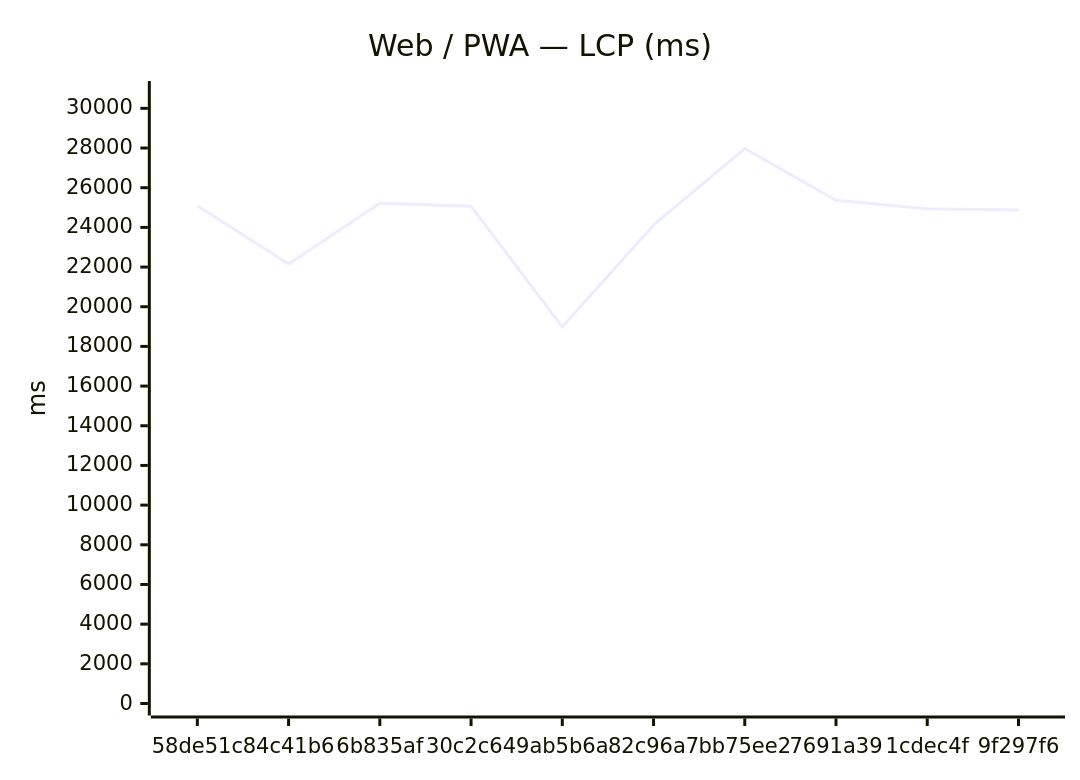
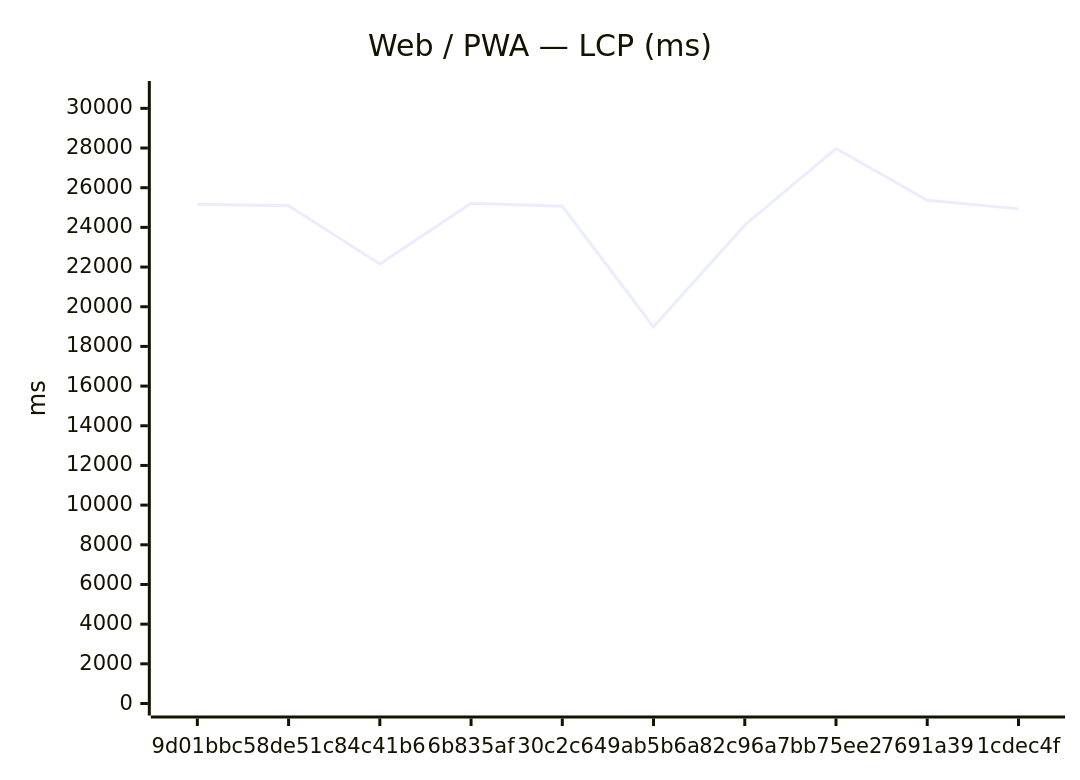
The first of 12 diagrams in benchmarks/compare.md (Metaheurist/Rianell), drawn with Mermaid before and after one commit. The commit also changed other lines of this file and 8 other files, not shown here.

````diff
--- a/benchmarks/compare.md
+++ b/benchmarks/compare.md
@@ -24,7 +24,7 @@
 ```mermaid
 xychart-beta
     title "Web / PWA — LCP (ms)"
-    x-axis ["58de51c", "84c41b6", "6b835af", "30c2c64", "9ab5b6a", "82c96a7", "bb75ee2", "7691a39", "1cdec4f", "9f297f6"]
+    x-axis ["9d01bbc", "58de51c", "84c41b6", "6b835af", "30c2c64", "9ab5b6a", "82c96a7", "bb75ee2", "7691a39", "1cdec4f"]
     y-axis "ms" 0 --> 30774
-    line [25092, 22152, 25215, 25064, 18985, 24113, 27976, 25370, 24933, 24873]
+    line [25162, 25092, 22152, 25215, 25064, 18985, 24113, 27976, 25370, 24933]
 ```
````
